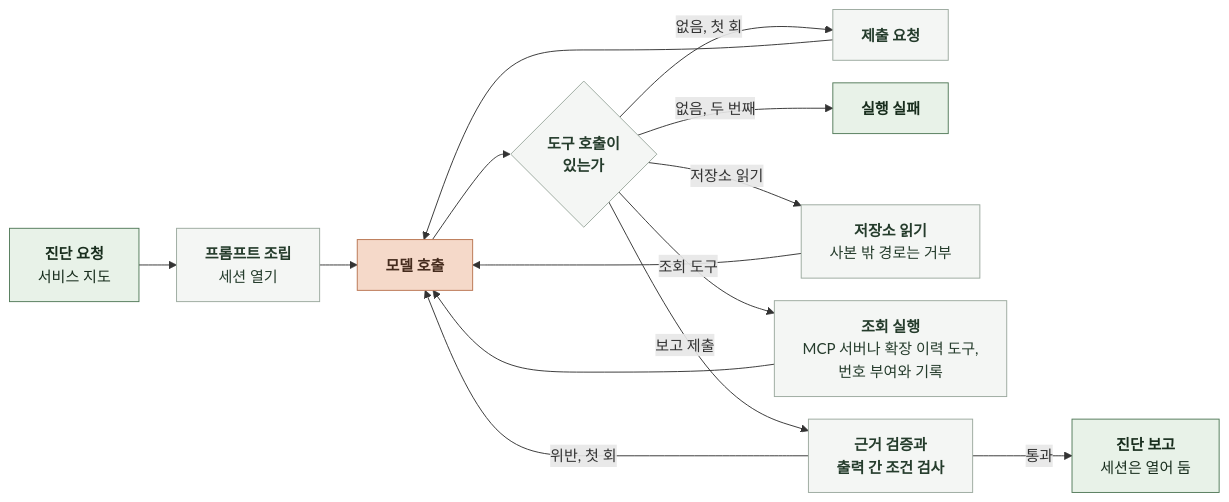
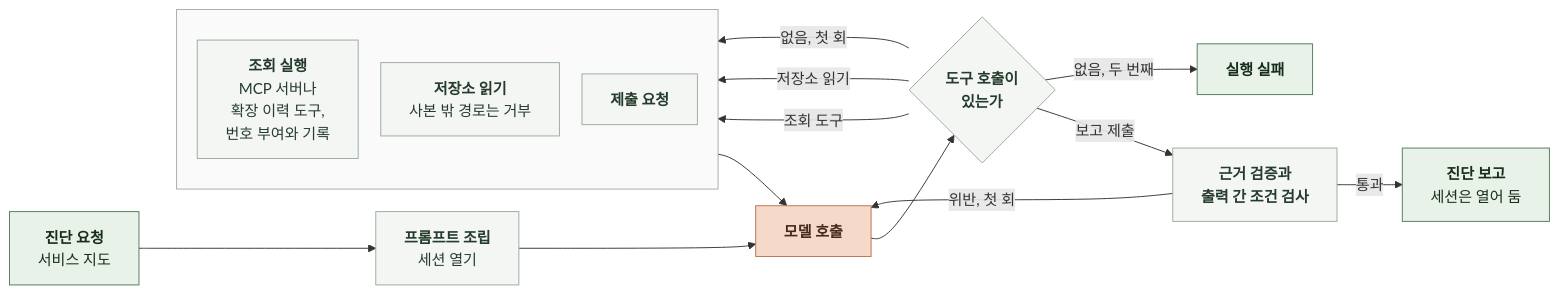
The diagram in docs/domain/OBSERVABILITY/AI/6-1-AI-EXECUTION.md (KIM-N-KANG/knk-harness), drawn with Mermaid before and after one commit. The commit also changed 4 other files, not shown here.

````diff
--- a/docs/domain/OBSERVABILITY/AI/6-1-AI-EXECUTION.md
+++ b/docs/domain/OBSERVABILITY/AI/6-1-AI-EXECUTION.md
@@ -11,31 +11,37 @@
 ```mermaid
 %%{init: {"flowchart": {"curve": "basis", "nodeSpacing": 24, "rankSpacing": 40}}}%%
 flowchart LR
     I["`**진단 요청**
 서비스 지도`"] --> P["`**프롬프트 조립**
 세션 열기`"]
     P --> M["`**모델 호출**`"]
     M --> T{"`**도구 호출이
 있는가**`"}
-    T -->|"`없음, 첫 회`"| R["`**제출 요청**`"]
-    T -->|"`없음, 두 번째`"| F["`**실행 실패**`"]
-    T -->|"`저장소 읽기`"| K["`**저장소 읽기**
-사본 밖 경로는 거부`"]
-    T -->|"`조회 도구`"| Q["`**조회 실행**
-MCP 서버나 확장 이력 도구,
-번호 부여와 기록`"]
     T -->|"`보고 제출`"| V["`**근거 검증과
 출력 간 조건 검사**`"]
-    R --> M
-    K --> M
-    Q --> M
-    V -->|"`위반, 첫 회`"| M
     V -->|"`통과`"| O["`**진단 보고**
 세션은 열어 둠`"]
+    V -->|"`위반, 첫 회`"| M
+    T -->|"`없음, 두 번째`"| F["`**실행 실패**`"]
+    subgraph RET[" "]
+        direction TB
+        Q["`**조회 실행**
+MCP 서버나
+확장 이력 도구,
+번호 부여와 기록`"]
+        K["`**저장소 읽기**
+사본 밖 경로는 거부`"]
+        R["`**제출 요청**`"]
+    end
+    T -->|"`조회 도구`"| Q
+    T -->|"`저장소 읽기`"| K
+    T -->|"`없음, 첫 회`"| R
+    RET --> M
     classDef data fill:#E8F2E8,stroke:#527A59,color:#182D1D
     classDef model fill:#F5D9C9,stroke:#B97450,color:#452B1D
     classDef code fill:#F4F6F4,stroke:#9BA99E,color:#253C2C
     class I,O,F data
     class M model
     class P,T,Q,K,V,R code
+    style RET fill:#FAFAFA,stroke:#AAAAAA
 ```
````
